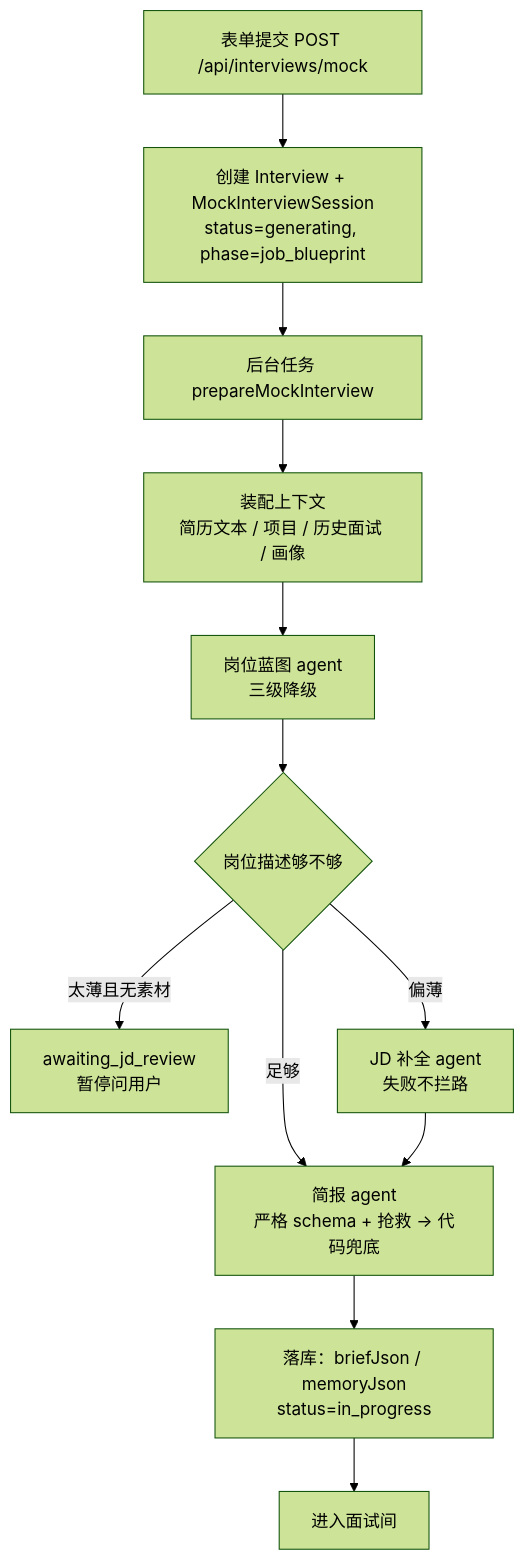
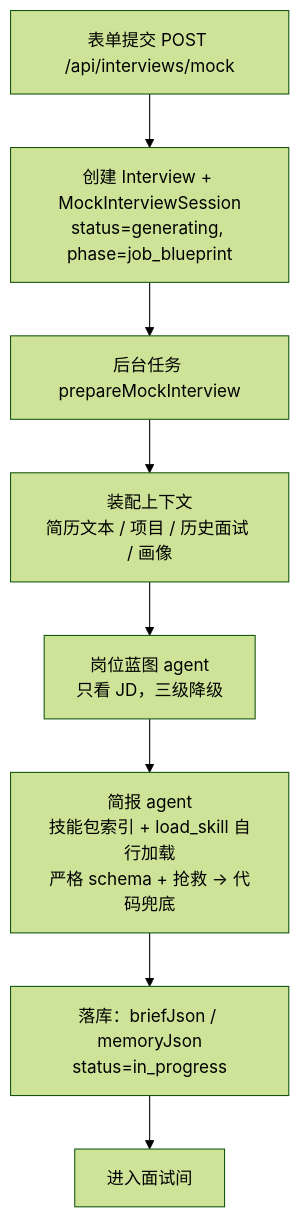
Before and after one commit to yuecao365/OfferCome: the diagram in docs/interview-flow-before.md, drawn with Mermaid (forest theme). The commit also changed other lines of this file and 2 other files, not shown here.

````diff
--- a/docs/interview-flow-before.md
+++ b/docs/interview-flow-before.md
@@ -8,14 +8,10 @@
 ```mermaid
 flowchart TD
   F[表单提交 POST /api/interviews/mock] --> C[创建 Interview + MockInterviewSession<br/>status=generating, phase=job_blueprint]
   C --> BG[后台任务 prepareMockInterview]
   BG --> CTX[装配上下文<br/>简历文本 / 项目 / 历史面试 / 画像]
-  CTX --> BP[岗位蓝图 agent<br/>三级降级]
-  BP --> JD{岗位描述够不够}
-  JD -- 太薄且无素材 --> REVIEW[awaiting_jd_review<br/>暂停问用户]
-  JD -- 偏薄 --> ENRICH[JD 补全 agent<br/>失败不拦路]
-  JD -- 足够 --> BRIEF
-  ENRICH --> BRIEF[简报 agent<br/>严格 schema + 抢救 → 代码兜底]
+  CTX --> BP[岗位蓝图 agent<br/>只看 JD，三级降级]
+  BP --> BRIEF[简报 agent<br/>技能包索引 + load_skill 自行加载<br/>严格 schema + 抢救 → 代码兜底]
   BRIEF --> SAVE[落库：briefJson / memoryJson<br/>status=in_progress]
   SAVE --> ROOM[进入面试间]
 ```
````
